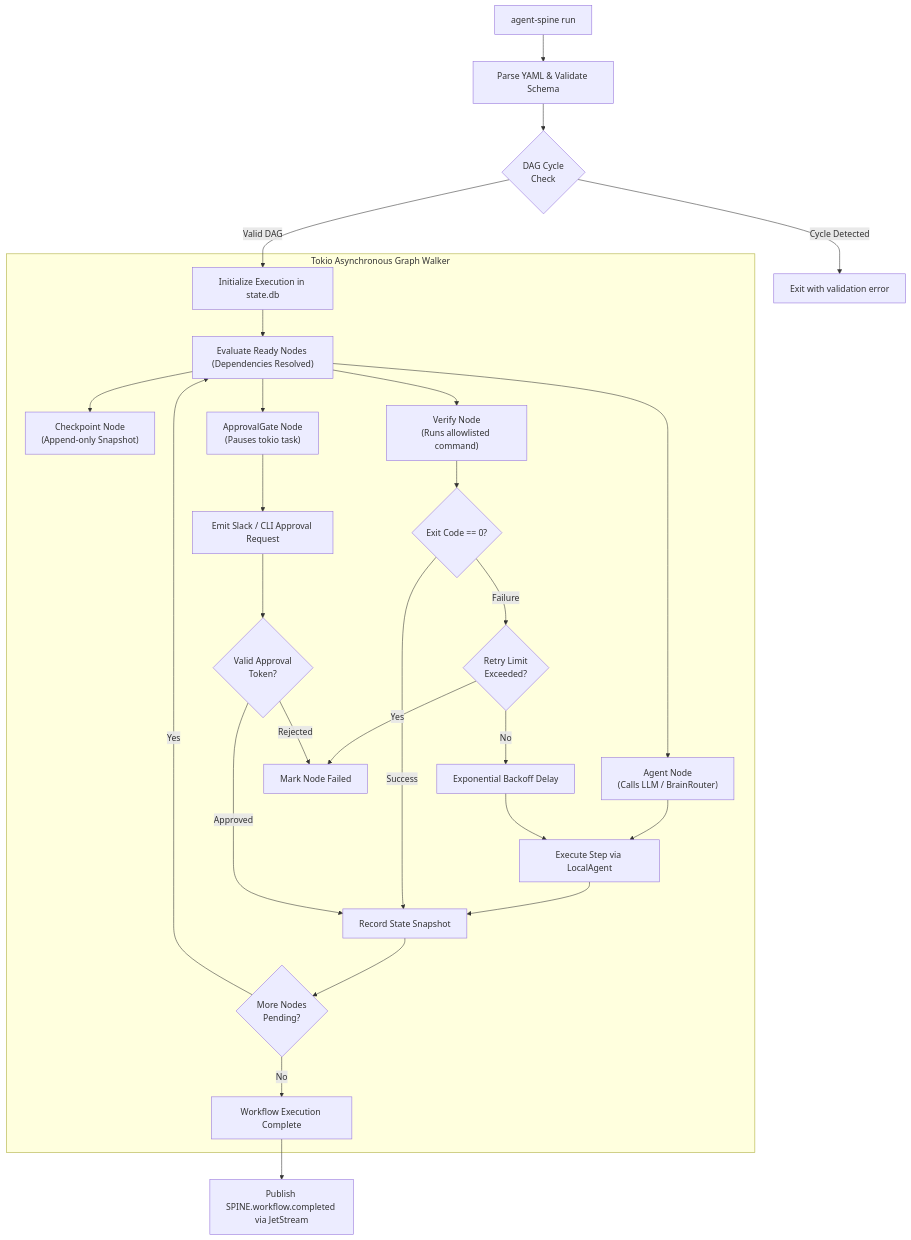
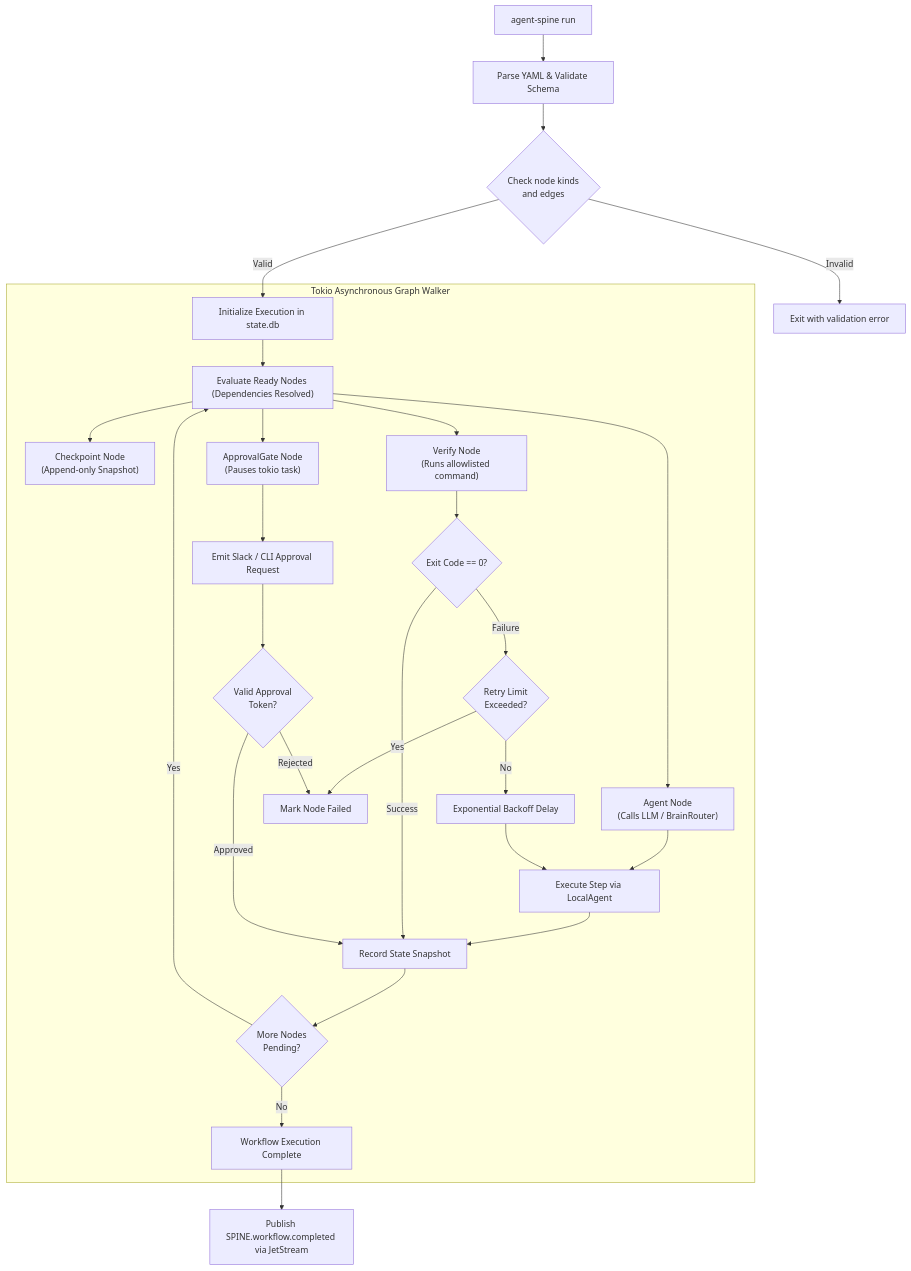
Before and after one commit to autonomic-ai-dev/agent-spine: the diagram in CONTEXT.md, drawn with Mermaid. The commit also changed other lines of this file, not shown here.

Commit message:
docs(context): correct node kinds, cycle validation and MCP tool names to match the released binary (#61)

````diff
--- a/CONTEXT.md
+++ b/CONTEXT.md
@@ -29,36 +29,36 @@
 ```mermaid
 flowchart TD
     RunCmd["agent-spine run <workflow.yaml>"] --> Parse["Parse YAML & Validate Schema"]
-    Parse --> CheckCycle{"DAG Cycle<br>Check"}
-    CheckCycle -->|Cycle Detected| ErrExit["Exit with validation error"]
-    CheckCycle -->|Valid DAG| InitState["Initialize Execution in state.db"]
+    Parse --> Validated{"Check node kinds<br>and edges"}
+    Validated -->|Invalid| ErrExit["Exit with validation error"]
+    Validated -->|Valid| InitState["Initialize Execution in state.db"]
 
     subgraph DAGExecution ["Tokio Asynchronous Graph Walker"]
         InitState --> Walk["Evaluate Ready Nodes (Dependencies Resolved)"]
         
         Walk --> AgentNode["Agent Node<br>(Calls LLM / BrainRouter)"]
         Walk --> CheckpointNode["Checkpoint Node<br>(Append-only Snapshot)"]
         Walk --> VerifyNode["Verify Node<br>(Runs allowlisted command)"]
         Walk --> GateNode["ApprovalGate Node<br>(Pauses tokio task)"]
         
         AgentNode --> ExecNode["Execute Step via LocalAgent"]
         ExecNode --> SaveSnap["Record State Snapshot"]
         
         VerifyNode --> CheckExit{"Exit Code == 0?"}
         CheckExit -->|Success| SaveSnap
         CheckExit -->|Failure| RetryPolicy{"Retry Limit<br>Exceeded?"}
         RetryPolicy -->|No| Backoff["Exponential Backoff Delay"] --> ExecNode
         RetryPolicy -->|Yes| FailStep["Mark Node Failed"]
         
         GateNode --> EmitAlert["Emit Slack / CLI Approval Request"]
         EmitAlert --> WaitToken{"Valid Approval<br>Token?"}
         WaitToken -->|Approved| SaveSnap
         WaitToken -->|Rejected| FailStep
         
         SaveSnap --> CheckComplete{"More Nodes<br>Pending?"}
         CheckComplete -->|Yes| Walk
         CheckComplete -->|No| FinishWork["Workflow Execution Complete"]
     end
 
     FinishWork --> CompletionNotify["Publish SPINE.workflow.completed via JetStream"]
 ```
````
